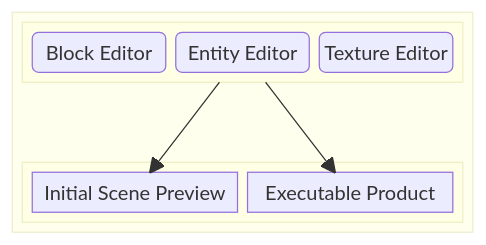
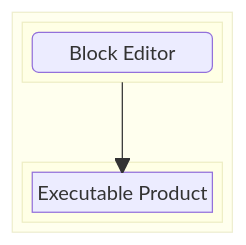
Before and after one commit to IsaacMcCracken/hacked26: the diagram in README.md, drawn with Mermaid. The commit also changed other lines of this file and 2 other files, not shown here.

Commit message:
docs: pivot for README

````diff
--- a/README.md
+++ b/README.md
@@ -7,19 +7,15 @@
 ```mermaid
 block
 columns 1
   block:development
     columns 1
     block:editor
         block_editor("Block Editor")
-        entity_editor("Entity Editor")
-        texture_editor("Texture Editor")
     end
     space
     block:output
-        preview["Initial Scene Preview"]
         product["Executable Product"]
     end
   end
-  editor --> preview
   editor --> product
 ```
````
